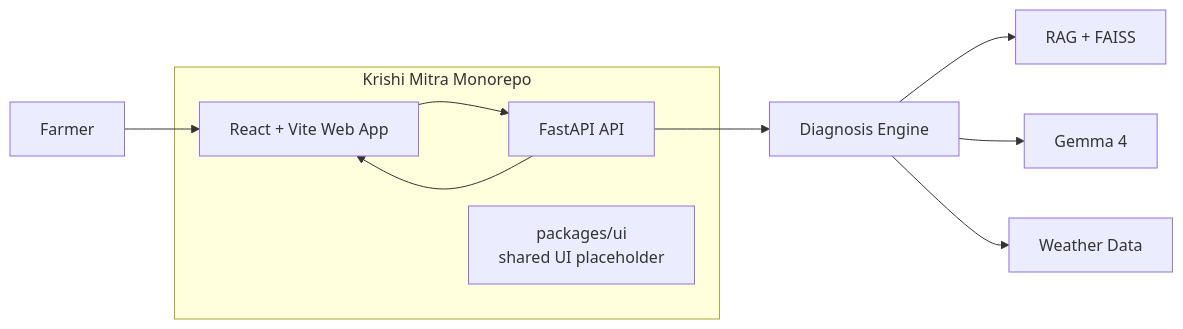
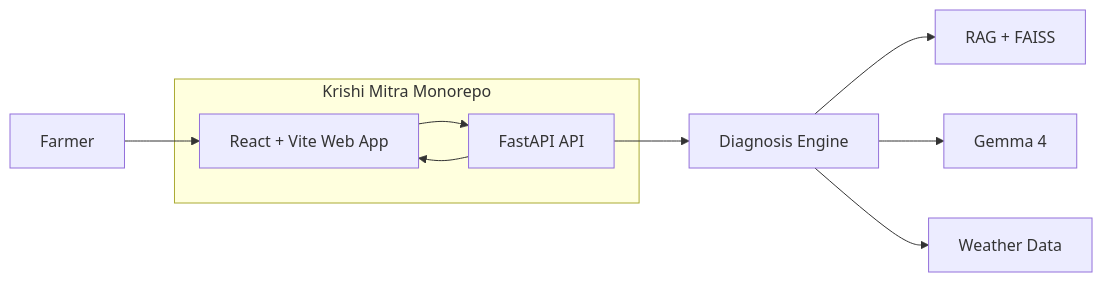
Before and after one commit to sudo-Harshk/Krishi-Mitra: the diagram in README.md, drawn with Mermaid. The commit also changed other lines of this file and 8 other files, not shown here.

````diff
--- a/README.md
+++ b/README.md
@@ -17,16 +17,15 @@
 ```mermaid
 flowchart LR
   User[Farmer] --> Web[React + Vite Web App]
   Web --> API[FastAPI API]
   API --> Engine[Diagnosis Engine]
   Engine --> RAG[RAG + FAISS]
   Engine --> Gemma[Gemma 4]
   Engine --> Weather[Weather Data]
   API --> Web
 
   subgraph Repo[Krishi Mitra Monorepo]
     Web
     API
-    Shared[packages/ui<br/>shared UI placeholder]
   end
 ```
````
